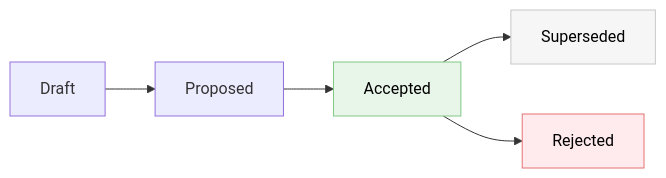
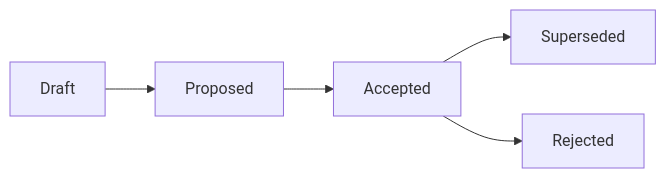
One commit to dinekt/dinekt-wiki changed the second of 2 diagrams in docs/tools/adr-参照コマンドによる意思決定の継承.md. Above: the diagram before and after it, drawn with Mermaid. The commit also changed other lines of this file and 70 other files, not shown here.

First line of the commit message:
fix(mermaid): strip all inline styling, rely on theme

````diff
--- a/docs/tools/adr-参照コマンドによる意思決定の継承.md
+++ b/docs/tools/adr-参照コマンドによる意思決定の継承.md
@@ -72,11 +69,8 @@
 ```mermaid
 flowchart LR
     D[Draft] --> P[Proposed]
     P --> A[Accepted]
     A --> S[Superseded]
     A --> R[Rejected]
 
-    style A fill:#e8f5e9,stroke:#81c784,color:#000
-    style S fill:#f6f6f6,stroke:#c8c8c8,color:#000
-    style R fill:#ffebee,stroke:#e57373,color:#000
 ```
````
